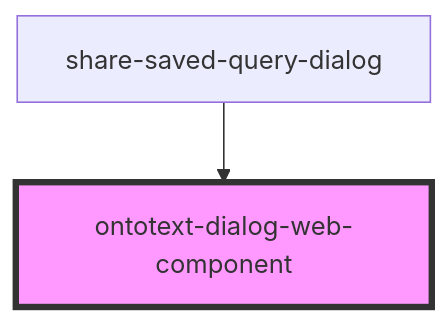
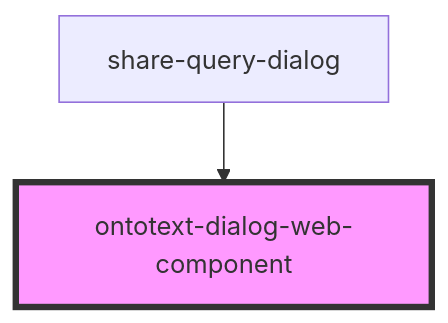
The diagram in ontotext-yasgui-web-component/src/components/ontotext-dialog-web-component/readme.md (Ontotext-AD/ontotext-yasgui), drawn with Mermaid before and after one commit. The commit also changed other lines of this file and 23 other files, not shown here.

First line of the commit message:
GDB-7845 Introduce share current query action

````diff
--- a/ontotext-yasgui-web-component/src/components/ontotext-dialog-web-component/readme.md
+++ b/ontotext-yasgui-web-component/src/components/ontotext-dialog-web-component/readme.md
@@ -22,5 +22,5 @@
 ```mermaid
 graph TD;
-  share-saved-query-dialog --> ontotext-dialog-web-component
+  share-query-dialog --> ontotext-dialog-web-component
   style ontotext-dialog-web-component fill:#f9f,stroke:#333,stroke-width:4px
 ```
````
